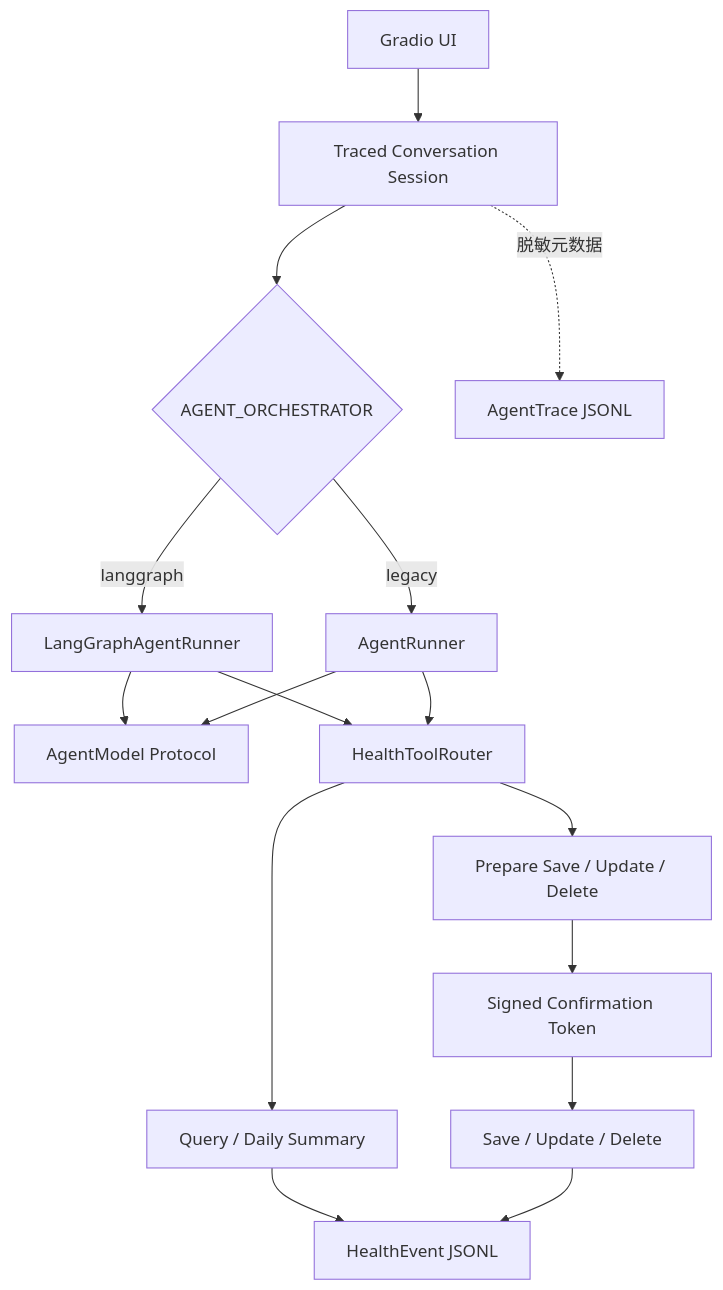
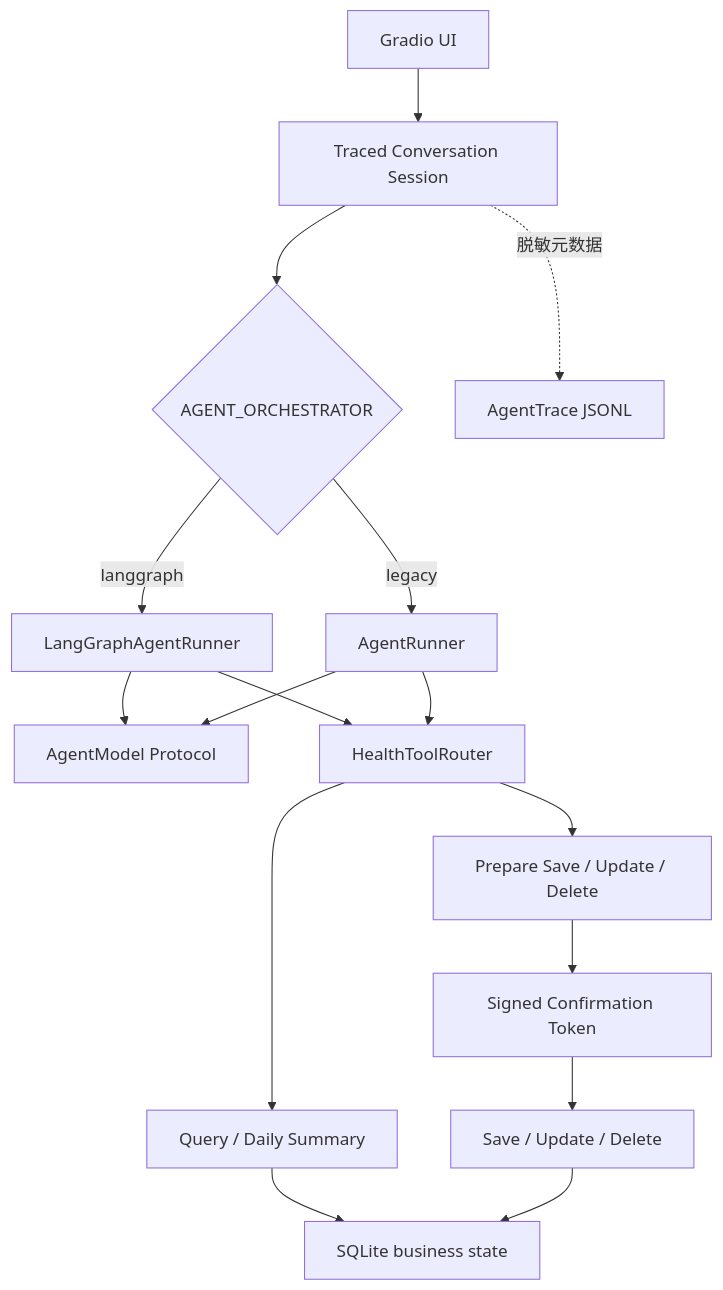
One commit to Woresy/health-assistant-agent changed the first of 2 diagrams in docs/ARCHITECTURE.md. Above: the diagram before and after it, drawn with Mermaid. The commit also changed other lines of this file and 27 other files, not shown here.

````diff
--- a/docs/ARCHITECTURE.md
+++ b/docs/ARCHITECTURE.md
@@ -21,21 +22,21 @@
 ```mermaid
 flowchart TD
     UI[Gradio UI] --> SESSION[Traced Conversation Session]
     SESSION --> ORCH{AGENT_ORCHESTRATOR}
     ORCH -->|langgraph| GRAPH[LangGraphAgentRunner]
     ORCH -->|legacy| LOOP[AgentRunner]
 
     GRAPH --> MODEL[AgentModel Protocol]
     LOOP --> MODEL
     GRAPH --> ROUTER[HealthToolRouter]
     LOOP --> ROUTER
 
     ROUTER --> READ[Query / Daily Summary]
     ROUTER --> DRAFT[Prepare Save / Update / Delete]
     DRAFT --> TOKEN[Signed Confirmation Token]
     TOKEN --> WRITE[Save / Update / Delete]
-    READ --> STORE[HealthEvent JSONL]
+    READ --> STORE[SQLite business state]
     WRITE --> STORE
 
     SESSION -.脱敏元数据.-> TRACE[AgentTrace JSONL]
 ```
````
